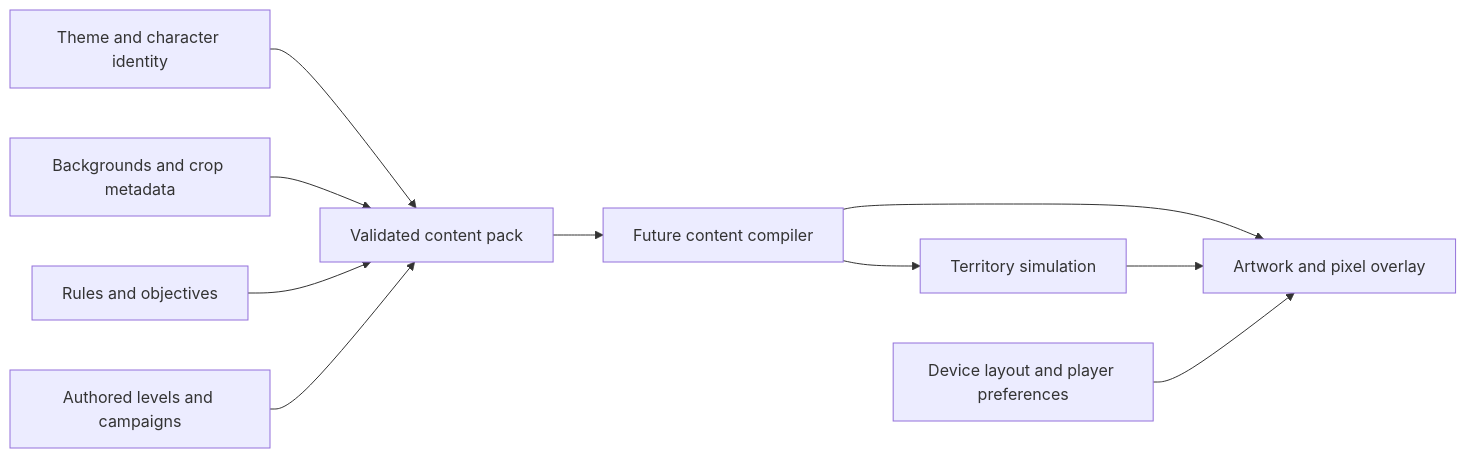
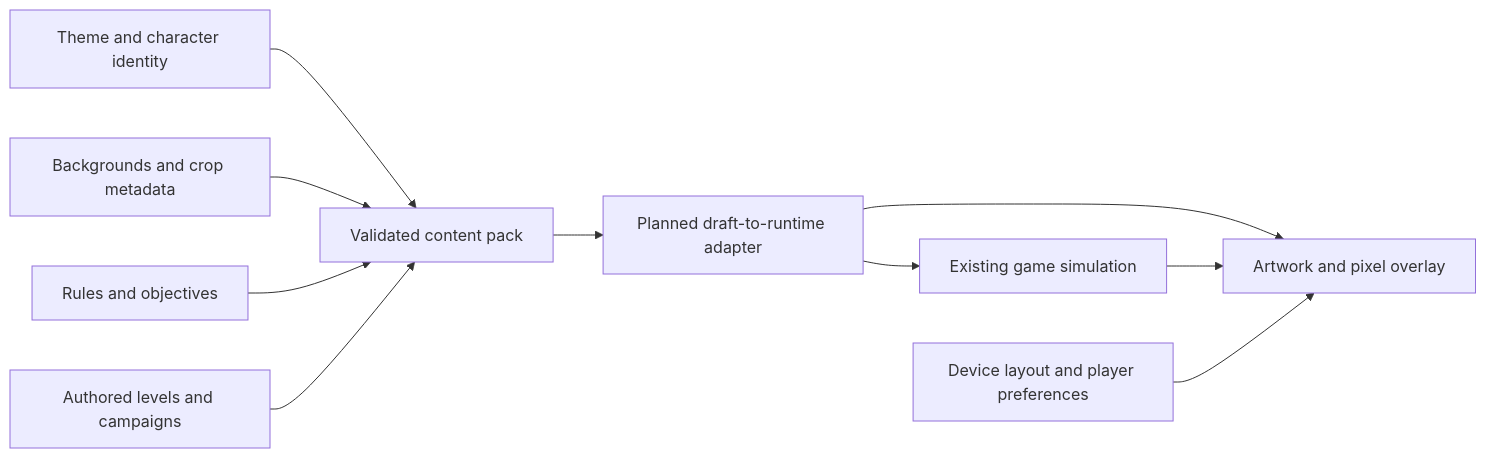
The diagram in authoring/README.md (mekhovov/revealline), drawn with Mermaid before and after one commit. The commit also changed other lines of this file and 38 other files, not shown here.

````diff
--- a/authoring/README.md
+++ b/authoring/README.md
@@ -94,12 +104,12 @@
 ```mermaid
 flowchart LR
     A[Theme and character identity] --> P[Validated content pack]
     B[Backgrounds and crop metadata] --> P
     C[Rules and objectives] --> P
     D[Authored levels and campaigns] --> P
-    P --> E[Future content compiler]
-    E --> F[Territory simulation]
+    P --> E[Planned draft-to-runtime adapter]
+    E --> F[Existing game simulation]
     E --> G[Artwork and pixel overlay]
     F --> G
     H[Device layout and player preferences] --> G
 ```
````
